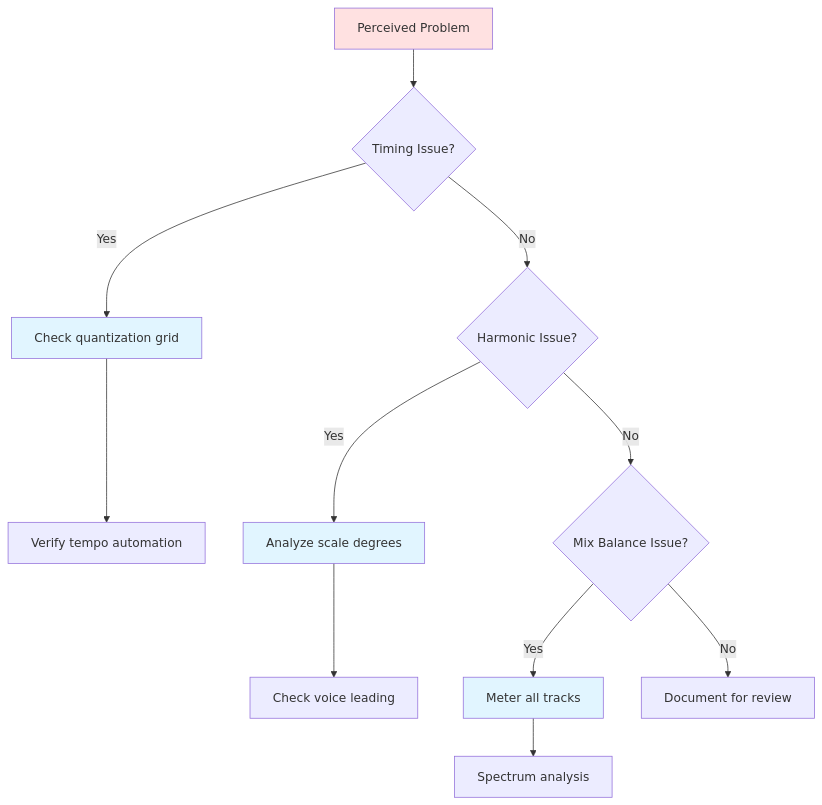
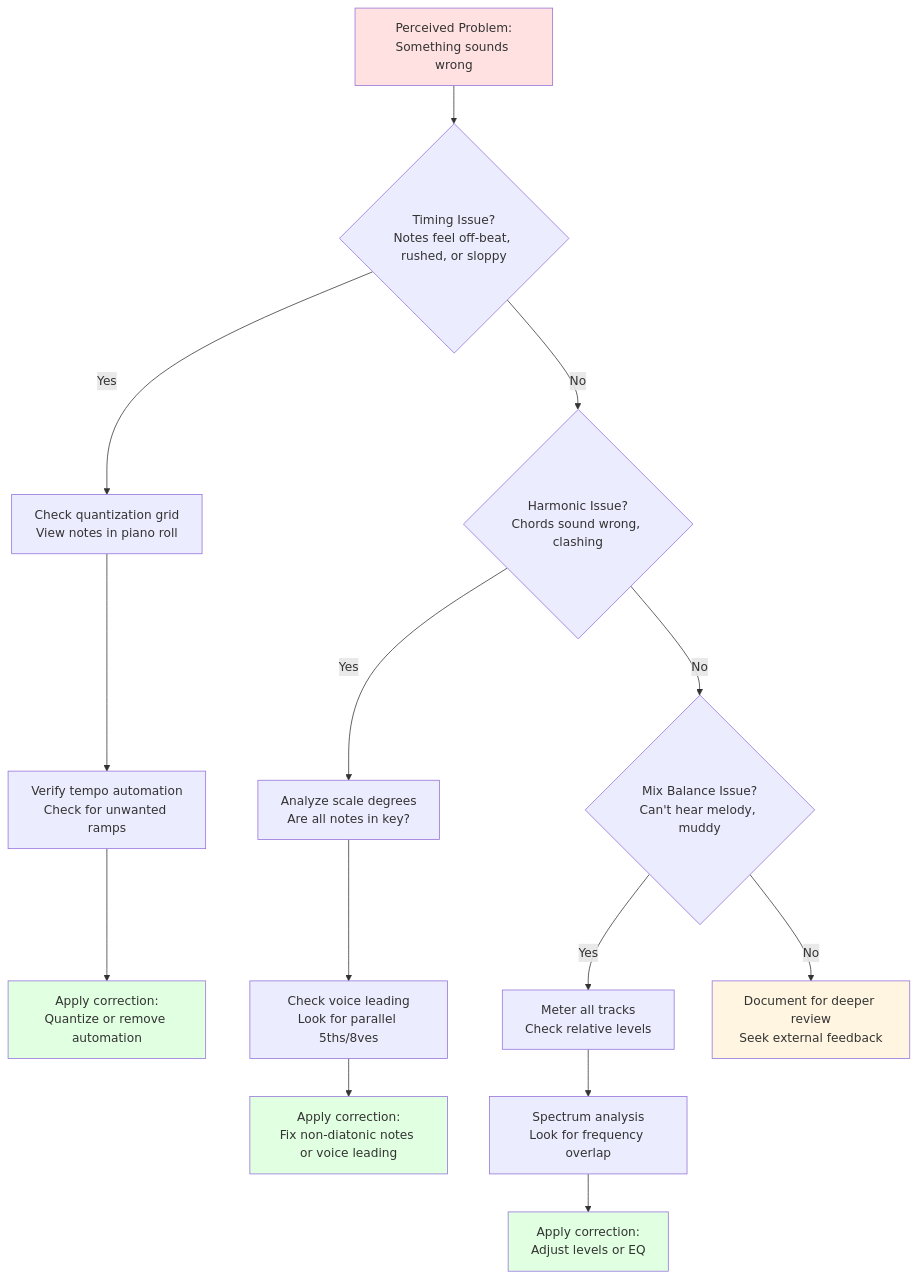
Before and after one commit to blebleblee/synapse: the fourth of 4 diagrams in topics/arts/composition/songwriting/labs.md, drawn with Mermaid. The commit also changed other lines of this file and 4 other files, not shown here.

````diff
--- a/topics/arts/composition/songwriting/labs.md
+++ b/topics/arts/composition/songwriting/labs.md
@@ -834,18 +1001,25 @@
 ```mermaid
 graph TD
-    A["Perceived Problem"] --> B{"Timing Issue?"}
-    B -->|Yes| C["Check quantization grid"]
-    C --> D["Verify tempo automation"]
-    B -->|No| E{"Harmonic Issue?"}
-    E -->|Yes| F["Analyze scale degrees"]
-    F --> G["Check voice leading"]
-    E -->|No| H{"Mix Balance Issue?"}
-    H -->|Yes| I["Meter all tracks"]
-    I --> J["Spectrum analysis"]
-    H -->|No| K["Document for review"]
+    A["Perceived Problem:<br/>Something sounds wrong"] --> B{"Timing Issue?<br/>Notes feel off-beat, rushed, or sloppy"}
+    B -->|Yes| C["Check quantization grid<br/>View notes in piano roll"]
+    C --> D["Verify tempo automation<br/>Check for unwanted ramps"]
+    D --> E["Apply correction:<br/>Quantize or remove automation"]
+    
+    B -->|No| F{"Harmonic Issue?<br/>Chords sound wrong, clashing"}
+    F -->|Yes| G["Analyze scale degrees<br/>Are all notes in key?"]
+    G --> H["Check voice leading<br/>Look for parallel 5ths/8ves"]
+    H --> I["Apply correction:<br/>Fix non-diatonic notes or voice leading"]
+    
+    F -->|No| J{"Mix Balance Issue?<br/>Can't hear melody, muddy"}
+    J -->|Yes| K["Meter all tracks<br/>Check relative levels"]
+    K --> L["Spectrum analysis<br/>Look for frequency overlap"]
+    L --> M["Apply correction:<br/>Adjust levels or EQ"]
+    
+    J -->|No| N["Document for deeper review<br/>Seek external feedback"]
     
     style A fill:#ffe1e1
-    style C fill:#e1f5ff
-    style F fill:#e1f5ff
-    style I fill:#e1f5ff
+    style E fill:#e1ffe1
+    style I fill:#e1ffe1
+    style M fill:#e1ffe1
+    style N fill:#fff5e1
 ```
````
